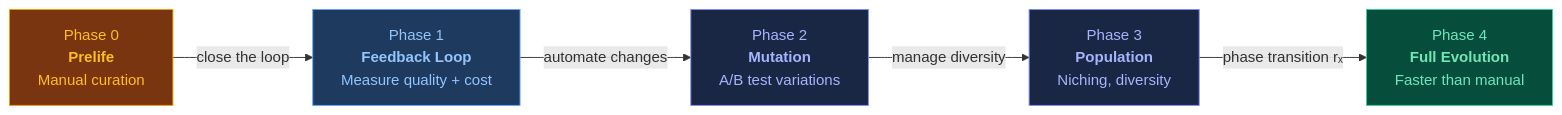
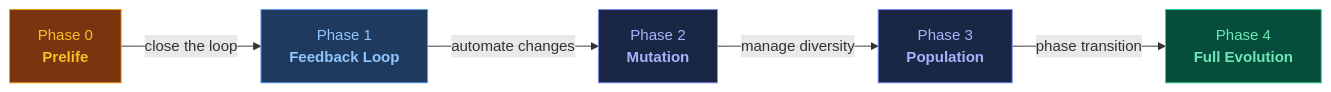
One commit to janrummel/evolving-agents changed the diagram in index.md. Above: the diagram before and after it, drawn with Mermaid. The commit also changed other lines of this file and 6 other files, not shown here.

````diff
--- a/index.md
+++ b/index.md
@@ -202,19 +196,19 @@
 ```mermaid
 graph LR
-    P0["Phase 0<br/><b>Prelife</b><br/>Manual curation"]
-    P1["Phase 1<br/><b>Feedback Loop</b><br/>Measure quality + cost"]
-    P2["Phase 2<br/><b>Mutation</b><br/>A/B test variations"]
-    P3["Phase 3<br/><b>Population</b><br/>Niching, diversity"]
-    P4["Phase 4<br/><b>Full Evolution</b><br/>Faster than manual"]
+    P0["Phase 0<br/><b>Prelife</b>"]
+    P1["Phase 1<br/><b>Feedback Loop</b>"]
+    P2["Phase 2<br/><b>Mutation</b>"]
+    P3["Phase 3<br/><b>Population</b>"]
+    P4["Phase 4<br/><b>Full Evolution</b>"]
 
     P0 -->|"close the loop"| P1
     P1 -->|"automate changes"| P2
     P2 -->|"manage diversity"| P3
-    P3 -->|"phase transition rₓ"| P4
+    P3 -->|"phase transition"| P4
 
     style P0 fill:#78350f,stroke:#f59e0b,color:#fbbf24
     style P1 fill:#1e3a5f,stroke:#60a5fa,color:#93c5fd
     style P2 fill:#1a2744,stroke:#818cf8,color:#a5b4fc
     style P3 fill:#1a2744,stroke:#818cf8,color:#a5b4fc
     style P4 fill:#064e3b,stroke:#34d399,color:#6ee7b7
 ```
````
